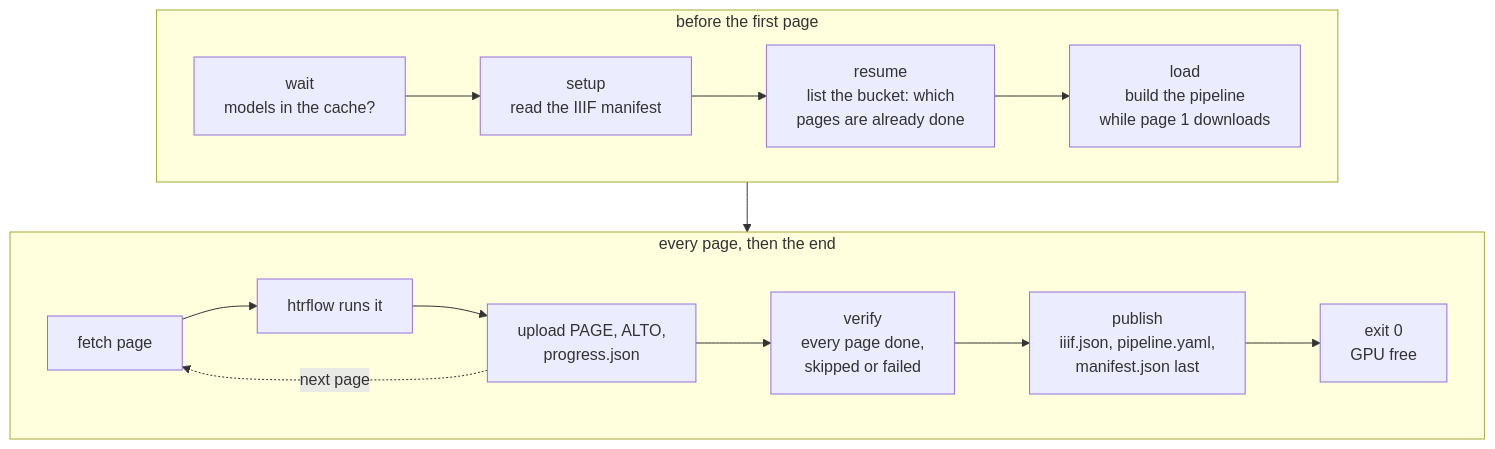
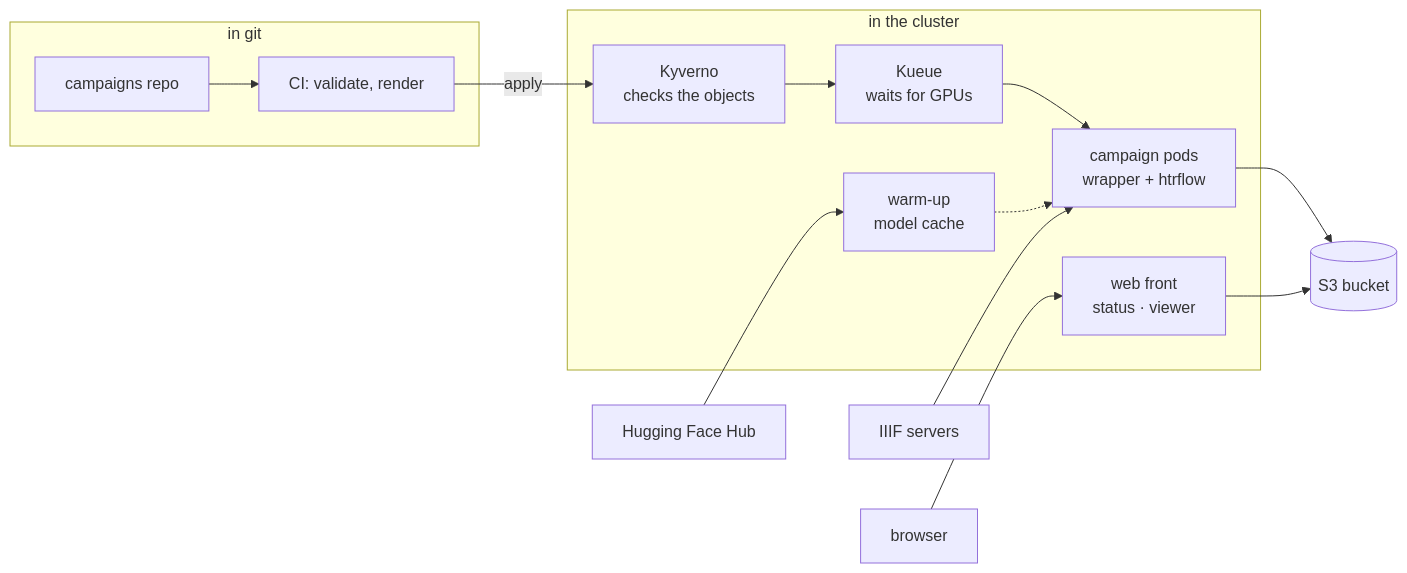
The diagram in docs/slides/assets/part-1-from-one-folder-to-the-archive-1.mmd (AI-Riksarkivet/htrflow-batch), drawn with Mermaid before and after one commit. The commit also changed 20 other files, not shown here.

```diff
--- a/docs/slides/assets/part-1-from-one-folder-to-the-archive-1.mmd
+++ b/docs/slides/assets/part-1-from-one-folder-to-the-archive-1.mmd
@@ -1,11 +1,19 @@
-flowchart TB
-  subgraph A["before the first page"]
-    direction LR
-    W["wait<br/>models in the cache?"] --> S["setup<br/>read the IIIF manifest"] --> R["resume<br/>list the bucket: which<br/>pages are already done"] --> L["load<br/>build the pipeline<br/>while page 1 downloads"]
+flowchart LR
+  subgraph GIT["in git"]
+    REPO["campaigns repo"] --> CI["CI: validate, render"]
   end
-  subgraph B["every page, then the end"]
-    direction LR
-    F["fetch page"] --> H["htrflow runs it"] --> U["upload PAGE, ALTO,<br/>progress.json"] --> V["verify<br/>every page done,<br/>skipped or failed"] --> P["publish<br/>iiif.json, pipeline.yaml,<br/>manifest.json last"] --> X["exit 0<br/>GPU free"]
-    U -. "next page" .-> F
+  IIIF["IIIF servers"]
+  HUB["Hugging Face Hub"]
+  YOU["browser"]
+  subgraph K8S["in the cluster"]
+    KYV["Kyverno<br/>checks the objects"] --> KUE["Kueue<br/>waits for GPUs"] --> JOB["campaign pods<br/>wrapper + htrflow"]
+    WARM["warm-up<br/>model cache"] -.-> JOB
+    WEB["web front<br/>status · viewer"]
   end
-  A --> B
+  S3[("S3 bucket")]
+  CI -->|"apply"| KYV
+  IIIF --> JOB
+  HUB --> WARM
+  YOU --> WEB
+  JOB --> S3
+  WEB --> S3
```
